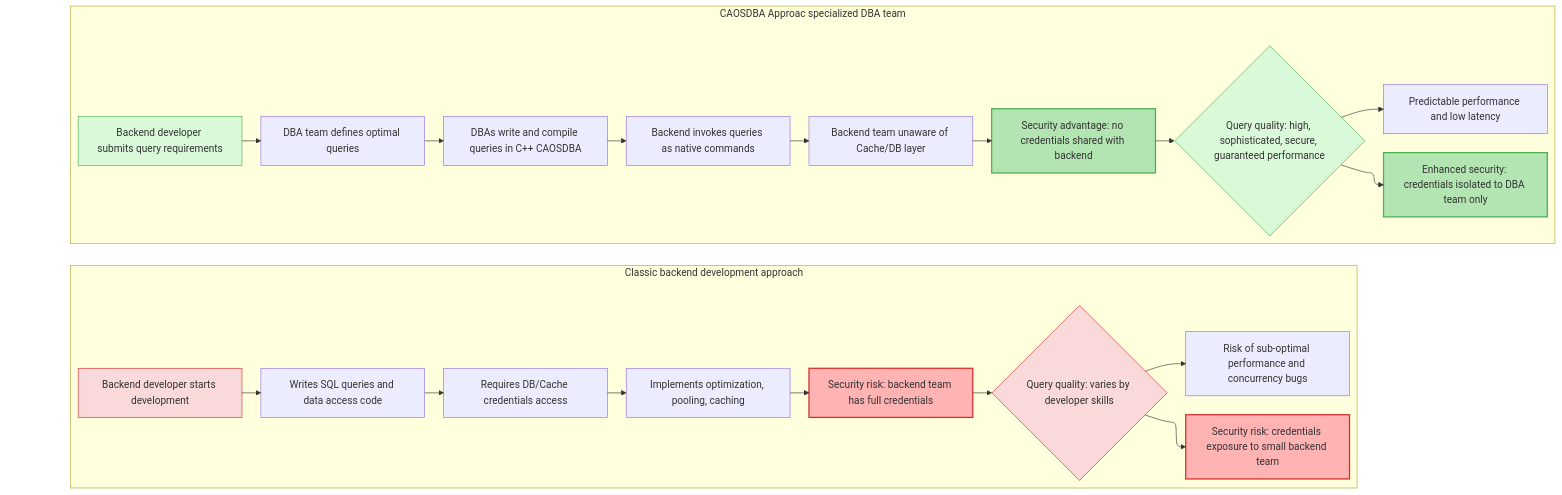
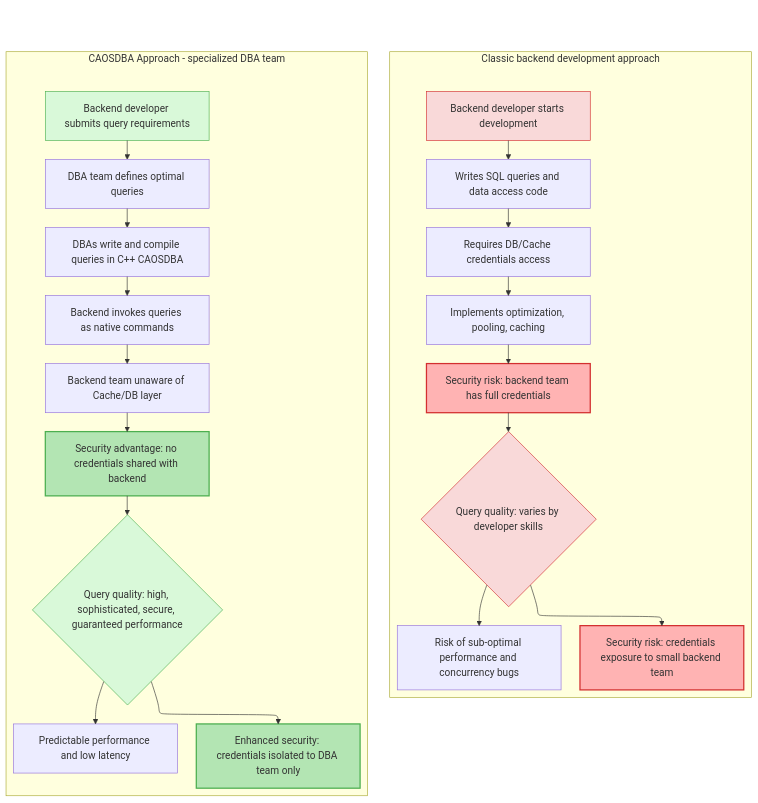
One commit to mydevhero/CAOSDBA changed the diagram in README.md. Above: the diagram before and after it, drawn with Mermaid.

Commit message:
Use char U+2011 in CAOSDBA header

````diff
--- a/README.md
+++ b/README.md
@@ -87,58 +87,58 @@
 ```mermaid
 ---
 config:
   layout: elk
 ---
-flowchart LR
+flowchart TB
   anchor[" "]
   
   subgraph classic["Classic backend development approach"]
         DEV_START["Backend developer starts development"]
         DEV_QUERY["Writes SQL queries and data access code"]
         DEV_CRED["Requires DB/Cache credentials access"]
         DEV_OPT["Implements optimization, pooling, caching"]
         DEV_SEC["Security risk: backend team has full credentials"]
         DEV_END{"Query quality: varies by developer skills"}
         LOW_PERF["Risk of sub-optimal performance and concurrency bugs"]
         SEC_RISK["Security risk: credentials exposure to small backend team"]
   end
   
-  subgraph caosdba["CAOSDBA Approac specialized DBA team"]
+  subgraph caosdba["CAOSDBA Approach ‑ specialized DBA team"]
         DBA_START["Backend developer submits query requirements"]
         DBA_SPEC["DBA team defines optimal queries"]
         DBA_CPP["DBAs write and compile queries in C++ CAOSDBA"]
         DBA_NATIVE["Backend invokes queries as native commands"]
         DBA_ABSTRACT["Backend team unaware of Cache/DB layer"]
         DBA_SEC["Security advantage: no credentials shared with backend"]
         DBA_HIGH{"Query quality: high, sophisticated, secure, guaranteed performance"}
         HIGH_PERF["Predictable performance and low latency"]
         SEC_BENEFIT["Enhanced security: credentials isolated to DBA team only"]
   end
 
     anchor ~~~ DEV_START & DBA_START
     
     DEV_START --> DEV_QUERY
     DEV_QUERY --> DEV_CRED
     DEV_CRED --> DEV_OPT
     DEV_OPT --> DEV_SEC
     DEV_SEC --> DEV_END
     DEV_END --> LOW_PERF & SEC_RISK
     
     DBA_START --> DBA_SPEC
     DBA_SPEC --> DBA_CPP
     DBA_CPP --> DBA_NATIVE
     DBA_NATIVE --> DBA_ABSTRACT
     DBA_ABSTRACT --> DBA_SEC
     DBA_SEC --> DBA_HIGH
     DBA_HIGH --> HIGH_PERF & SEC_BENEFIT
 
     style anchor fill:none,stroke:none
     style DBA_START fill:#D9F9D9,stroke:#4CAF50
     style DBA_SEC fill:#B3E5B3,stroke:#4CAF50,stroke-width:2px
     style DBA_HIGH fill:#D9F9D9,stroke:#4CAF50
     style SEC_BENEFIT fill:#B3E5B3,stroke:#4CAF50,stroke-width:2px
     style DEV_START fill:#F9D9D9,stroke:#D32F2F
     style DEV_SEC fill:#FFB3B3,stroke:#D32F2F,stroke-width:2px
     style DEV_END fill:#F9D9D9,stroke:#D32F2F
     style SEC_RISK fill:#FFB3B3,stroke:#D32F2F,stroke-width:2px
 ```
````
